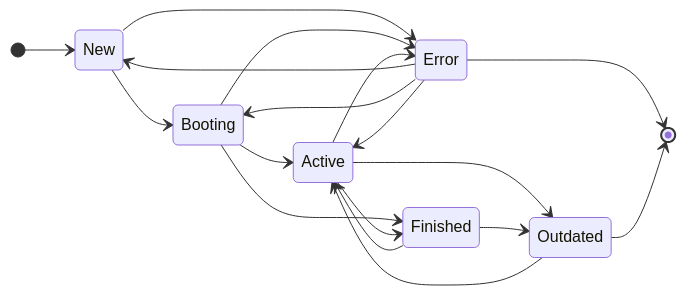
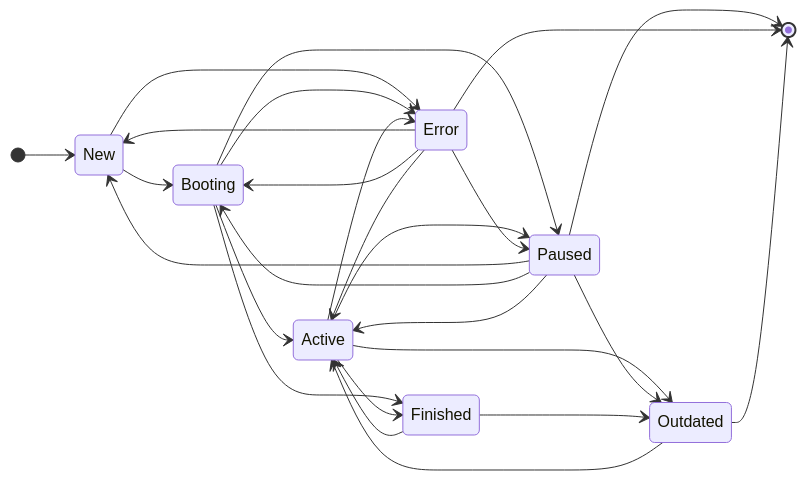
Before and after one commit to patchlevel/event-sourcing: the diagram in docs/pages/projection.md, drawn with Mermaid. The commit also changed other lines of this file and 7 other files, not shown here.

````diff
--- a/docs/pages/projection.md
+++ b/docs/pages/projection.md
@@ -320,21 +320,29 @@
 ``` mermaid
 stateDiagram-v2
     direction LR
     [*] --> New
     New --> Booting
     New --> Error
     Booting --> Active
+    Booting --> Paused
     Booting --> Finished
     Booting --> Error
+    Active --> Paused
     Active --> Finished
     Active --> Outdated
     Active --> Error
+    Paused --> New
+    Paused --> Booting
+    Paused --> Active
+    Paused --> Outdated
+    Paused --> [*]
     Finished --> Active
     Finished --> Outdated
     Error --> New
     Error --> Booting
     Error --> Active
+    Error --> Paused
     Error --> [*]
     Outdated --> Active
     Outdated --> [*]
 ```
````
